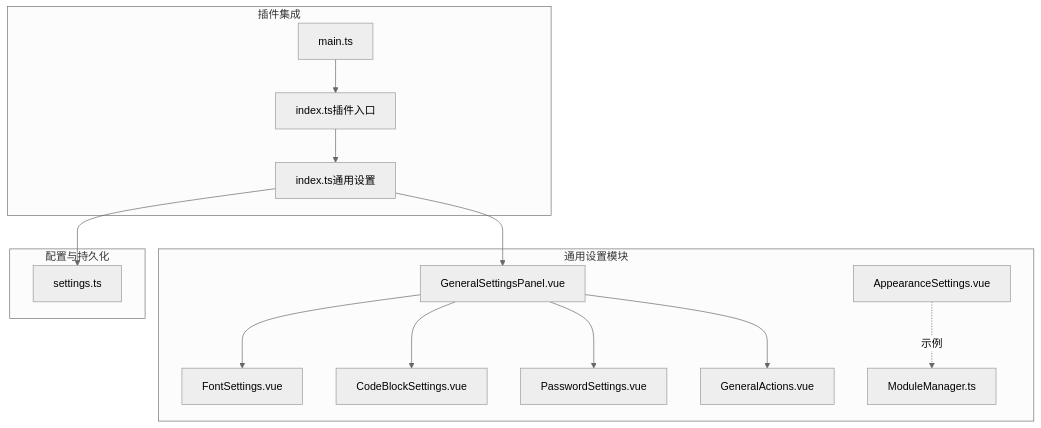
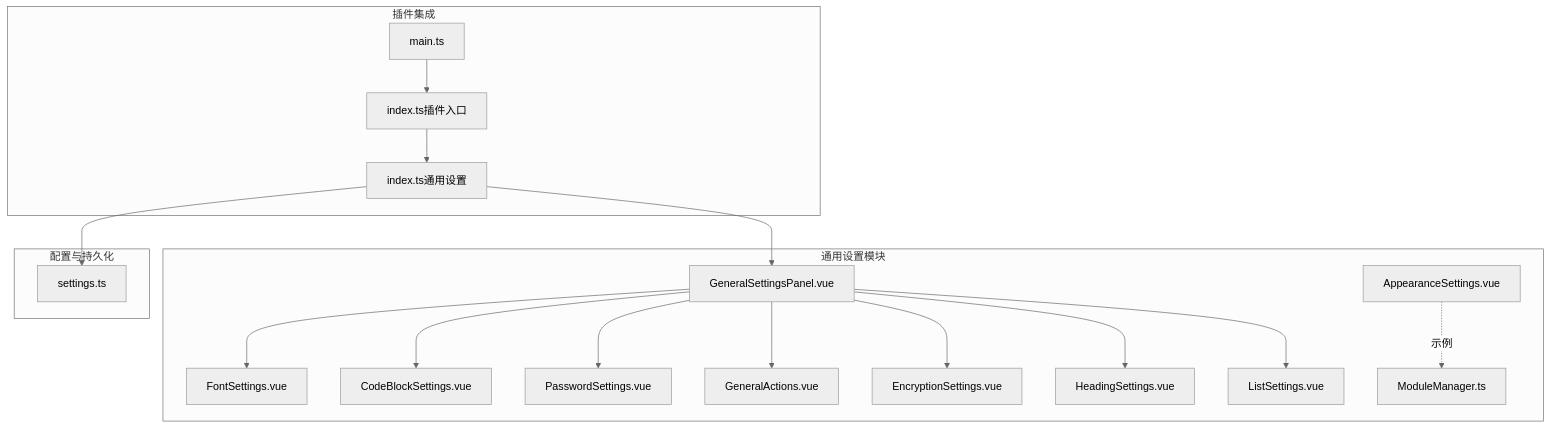
One commit to 851039536/siyuanPluginVueSN changed the first of 14 diagrams in .qoder/repowiki/zh/content/功能模块详解/通用设置.md. Above: the diagram before and after it, drawn with Mermaid (neutral theme). The commit also changed other lines of this file and 9 other files, not shown here.

````diff
--- a/.qoder/repowiki/zh/content/功能模块详解/通用设置.md
+++ b/.qoder/repowiki/zh/content/功能模块详解/通用设置.md
@@ -47,29 +59,35 @@
 ```mermaid
 graph TB
 subgraph "通用设置模块"
 Panel["GeneralSettingsPanel.vue"]
 Font["FontSettings.vue"]
 Code["CodeBlockSettings.vue"]
 Pass["PasswordSettings.vue"]
 Actions["GeneralActions.vue"]
+Enc["EncryptionSettings.vue"]
+Head["HeadingSettings.vue"]
+List["ListSettings.vue"]
 Appr["AppearanceSettings.vue"]
 MM["ModuleManager.ts"]
 end
 subgraph "配置与持久化"
 Cfg["settings.ts"]
 end
 subgraph "插件集成"
 Entry["index.ts插件入口"]
 GSIdx["index.ts通用设置"]
 Main["main.ts"]
 end
 Panel --> Font
 Panel --> Code
 Panel --> Pass
 Panel --> Actions
+Panel --> Enc
+Panel --> Head
+Panel --> List
 Appr -. 示例 .-> MM
 GSIdx --> Panel
 GSIdx --> Cfg
 Entry --> GSIdx
 Main --> Entry
 ```
````
